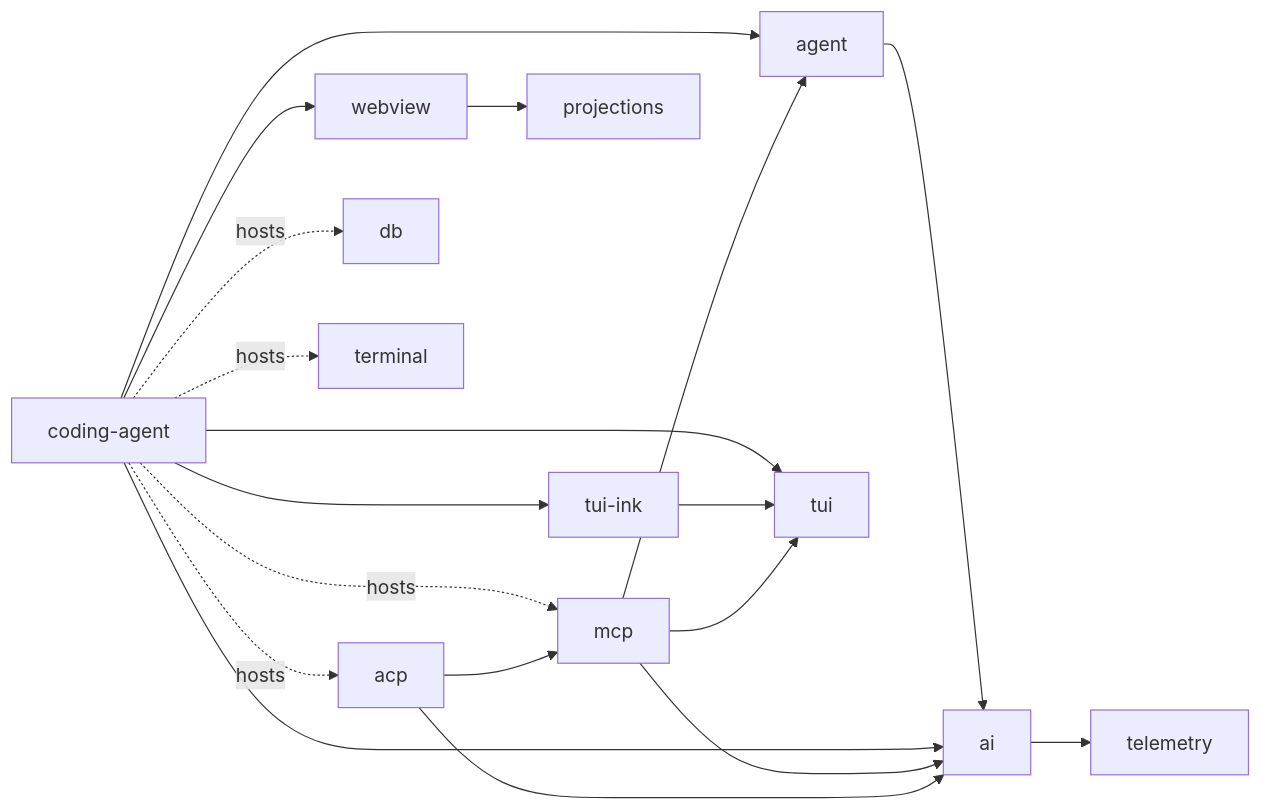
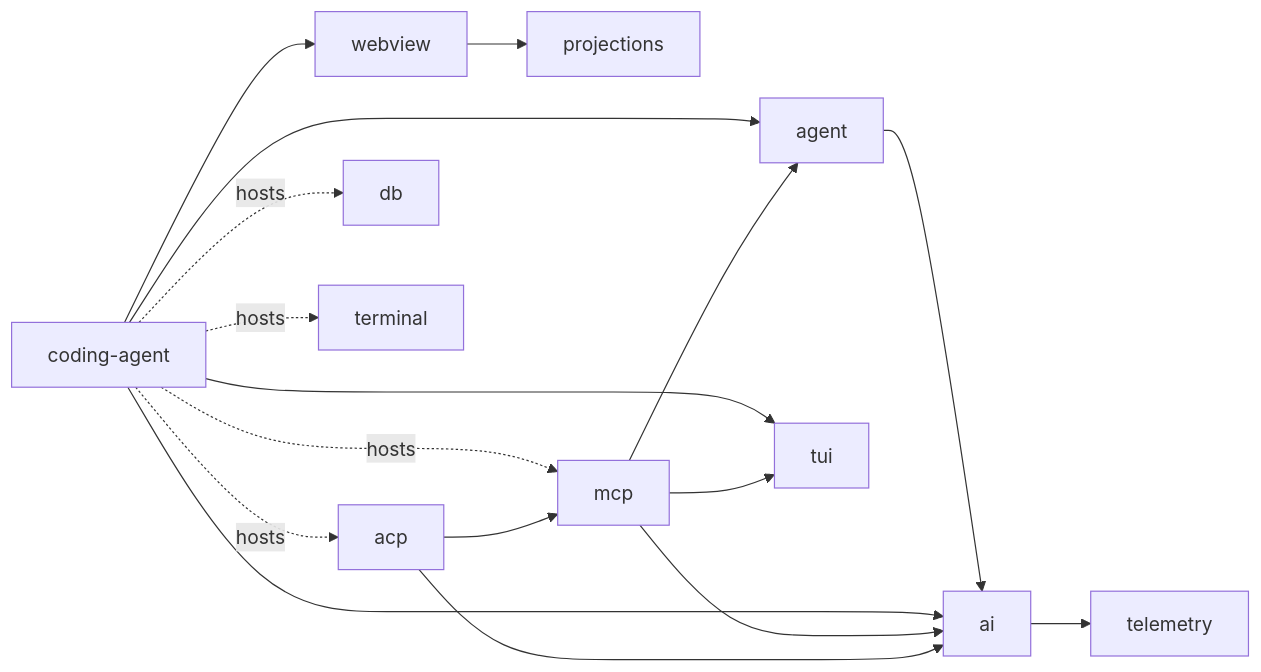
One commit to bgauryy/octocode-coding-agent changed the third of 4 diagrams in DEVELOPMENT.md. Above: the diagram before and after it, drawn with Mermaid. The commit also changed other lines of this file and 503 other files, not shown here.

````diff
--- a/DEVELOPMENT.md
+++ b/DEVELOPMENT.md
@@ -131,17 +130,16 @@
 ```mermaid
 flowchart LR
   CA[coding-agent] --> AGENT[agent] --> AI[ai] --> TEL[telemetry]
   CA --> AI
   CA --> TUI[tui]
-  CA --> INK[tui-ink] --> TUI
   CA --> WEB[webview] --> PROJ[projections]
   CA -.->|hosts| MCP[mcp]
   CA -.->|hosts| ACP[acp]
   CA -.->|hosts| DB[db]
   CA -.->|hosts| TERM[terminal]
   MCP --> AGENT
   MCP --> AI
   MCP --> TUI
   ACP --> MCP
   ACP --> AI
 ```
````
